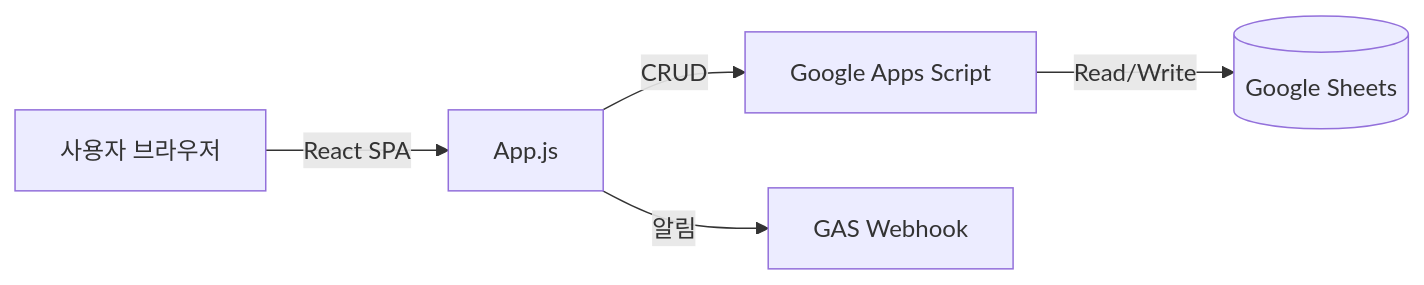
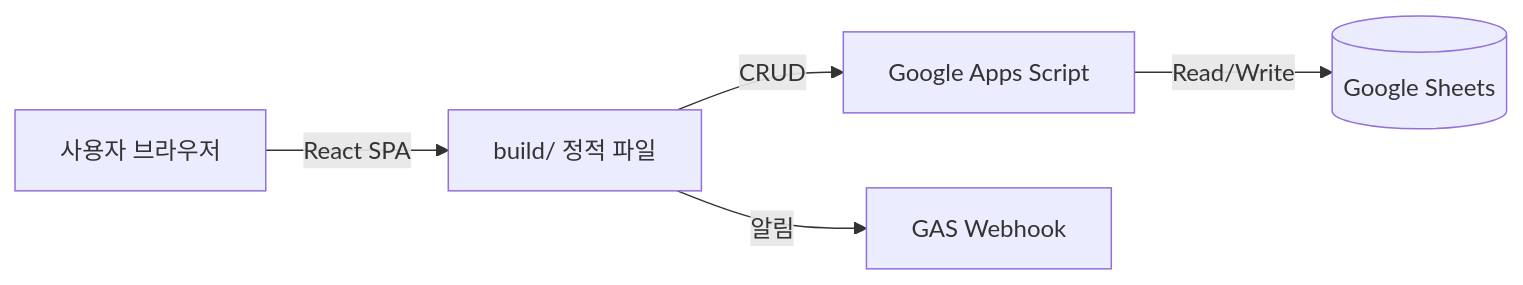
Before and after one commit to ygyun3937/eqpmsapp: the second of 4 diagrams in README.md, drawn with Mermaid. The commit also changed other lines of this file and 42 other files, not shown here.

````diff
--- a/README.md
+++ b/README.md
@@ -61,7 +143,7 @@
 ```mermaid
 graph LR
-    Browser[사용자 브라우저] -->|React SPA| App[App.js]
+    Browser[사용자 브라우저] -->|React SPA| App[build/ 정적 파일]
     App -->|CRUD| GAS[Google Apps Script]
     App -->|알림| Webhook[GAS Webhook]
     GAS -->|Read/Write| GSheet[(Google Sheets)]
 ```
````
